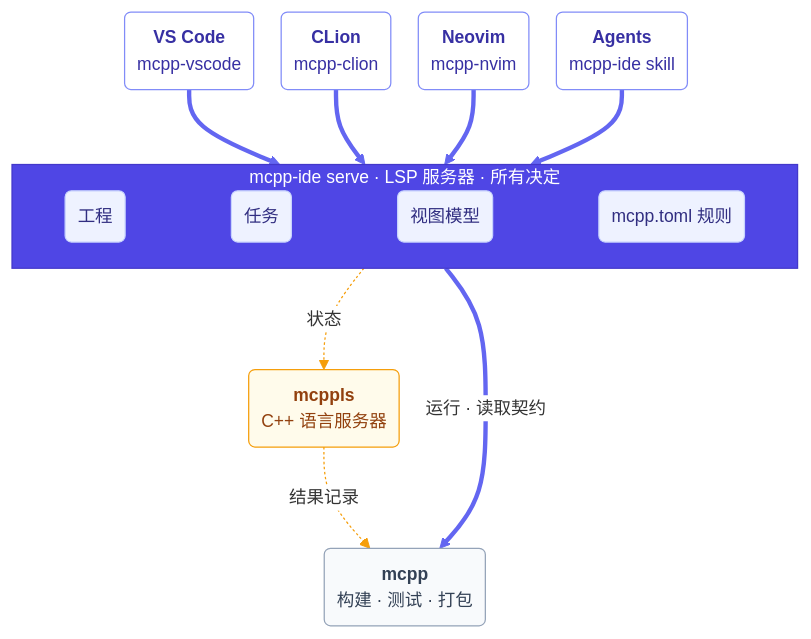
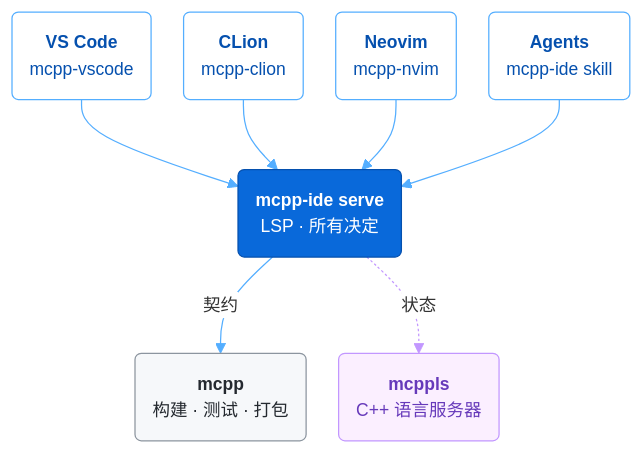
Before and after one commit to mcpp-community/mcpp-ide: the diagram in README.zh-CN.md, drawn with Mermaid. The commit also changed 3 other files, not shown here.

First line of the commit message:
docs: a simpler architecture diagram in GitHub's palette

````diff
--- a/README.zh-CN.md
+++ b/README.zh-CN.md
@@ -28,24 +28,19 @@
 ```mermaid
-%%{init: {"theme": "base", "flowchart": {"curve": "basis", "nodeSpacing": 22, "rankSpacing": 60, "padding": 10}, "themeVariables": {"fontFamily": "ui-sans-serif, system-ui, -apple-system, Segoe UI, sans-serif", "fontSize": "14px", "lineColor": "#6366f1", "edgeLabelBackground": "#ffffff"}}}%%
+%%{init: {"theme": "base", "flowchart": {"curve": "basis", "nodeSpacing": 26, "rankSpacing": 56, "padding": 14}, "themeVariables": {"fontFamily": "ui-sans-serif, system-ui, -apple-system, Segoe UI, sans-serif", "fontSize": "14px", "lineColor": "#54aeff", "edgeLabelBackground": "#ffffff"}}}%%
 flowchart TB
-    vscode("<b>VS Code</b><br/>mcpp-vscode"):::ide
-    clion("<b>CLion</b><br/>mcpp-clion"):::ide
-    nvim("<b>Neovim</b><br/>mcpp-nvim"):::ide
-    agent("<b>Agents</b><br/>mcpp-ide skill"):::ide
-    subgraph backend ["mcpp-ide serve · LSP 服务器 · 所有决定"]
-        direction LR
-        projects("工程"):::part ~~~ jobs("任务"):::part ~~~ views("视图模型"):::part ~~~ rules("mcpp.toml 规则"):::part
-    end
+    vscode("<b>VS Code</b><br/>mcpp-vscode"):::client
+    clion("<b>CLion</b><br/>mcpp-clion"):::client
+    nvim("<b>Neovim</b><br/>mcpp-nvim"):::client
+    agent("<b>Agents</b><br/>mcpp-ide skill"):::client
+    serve("<b>mcpp-ide serve</b><br/>LSP · 所有决定"):::core
     mcppls("<b>mcppls</b><br/>C++ 语言服务器"):::ls
-    mcpp("<b>mcpp</b><br/>构建 · 测试 · 打包"):::ext
-    vscode & clion & nvim & agent ==> backend
-    backend -. "状态" .-> mcppls
-    backend == "运行 · 读取契约" ==> mcpp
-    mcppls -. "结果记录" .-> mcpp
-    classDef ide fill:#ffffff,stroke:#818cf8,color:#3730a3
-    classDef part fill:#eef2ff,stroke:#c7d2fe,color:#312e81
-    classDef ext fill:#f8fafc,stroke:#94a3b8,color:#334155
-    classDef ls fill:#fffbeb,stroke:#f59e0b,color:#92400e
-    style backend fill:#4f46e5,stroke:#4338ca,color:#ffffff
-    linkStyle 7,9 stroke:#f59e0b
+    mcpp("<b>mcpp</b><br/>构建 · 测试 · 打包"):::tool
+    vscode & clion & nvim & agent --> serve
+    serve -- 契约 --> mcpp
+    serve -. 状态 .-> mcppls
+    classDef client fill:#ffffff,stroke:#54aeff,color:#0550ae
+    classDef core fill:#0969da,stroke:#0550ae,color:#ffffff
+    classDef ls fill:#fbefff,stroke:#c297ff,color:#6639ba
+    classDef tool fill:#f6f8fa,stroke:#8c959f,color:#24292f
+    linkStyle 5 stroke:#c297ff
 ```
````
